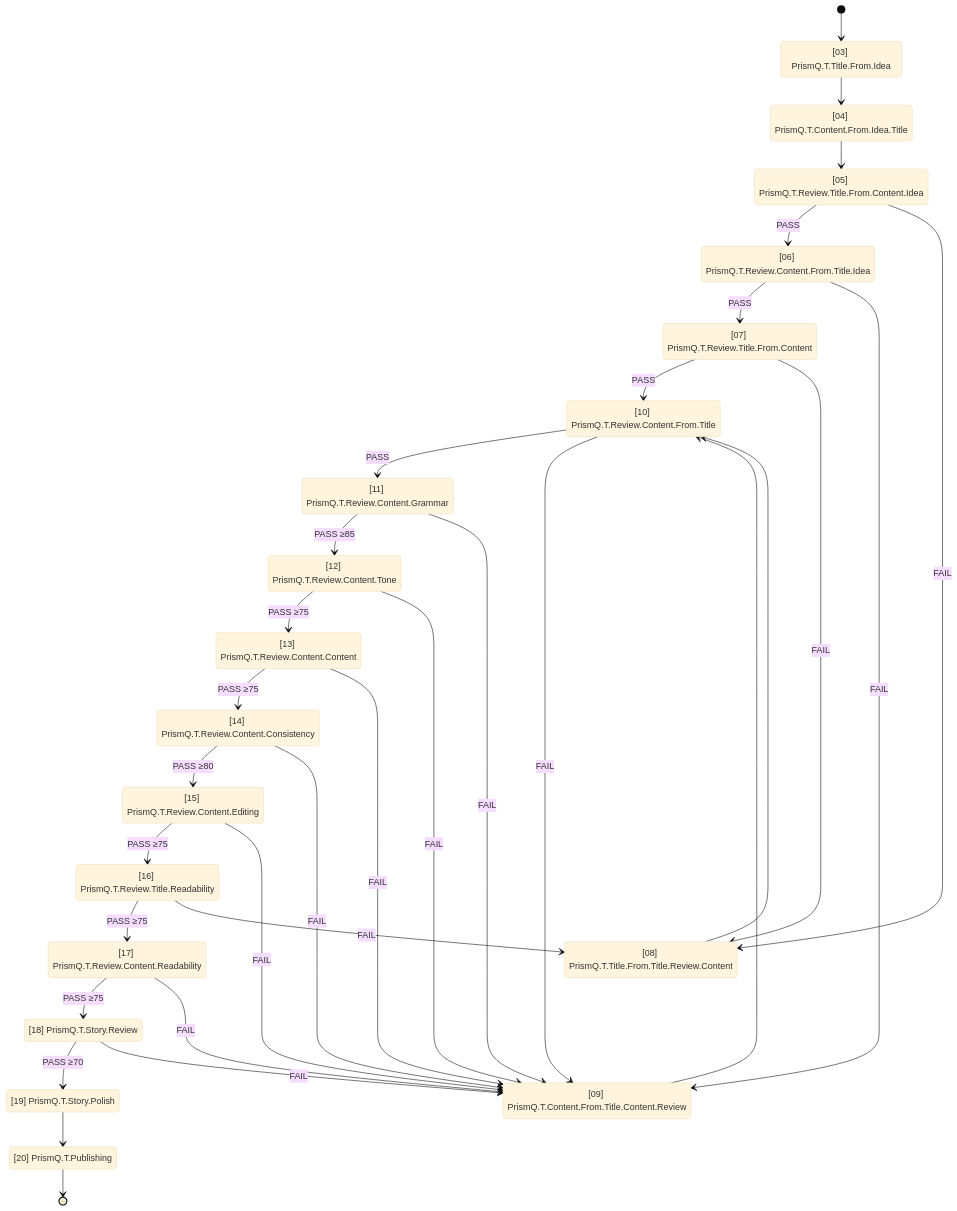
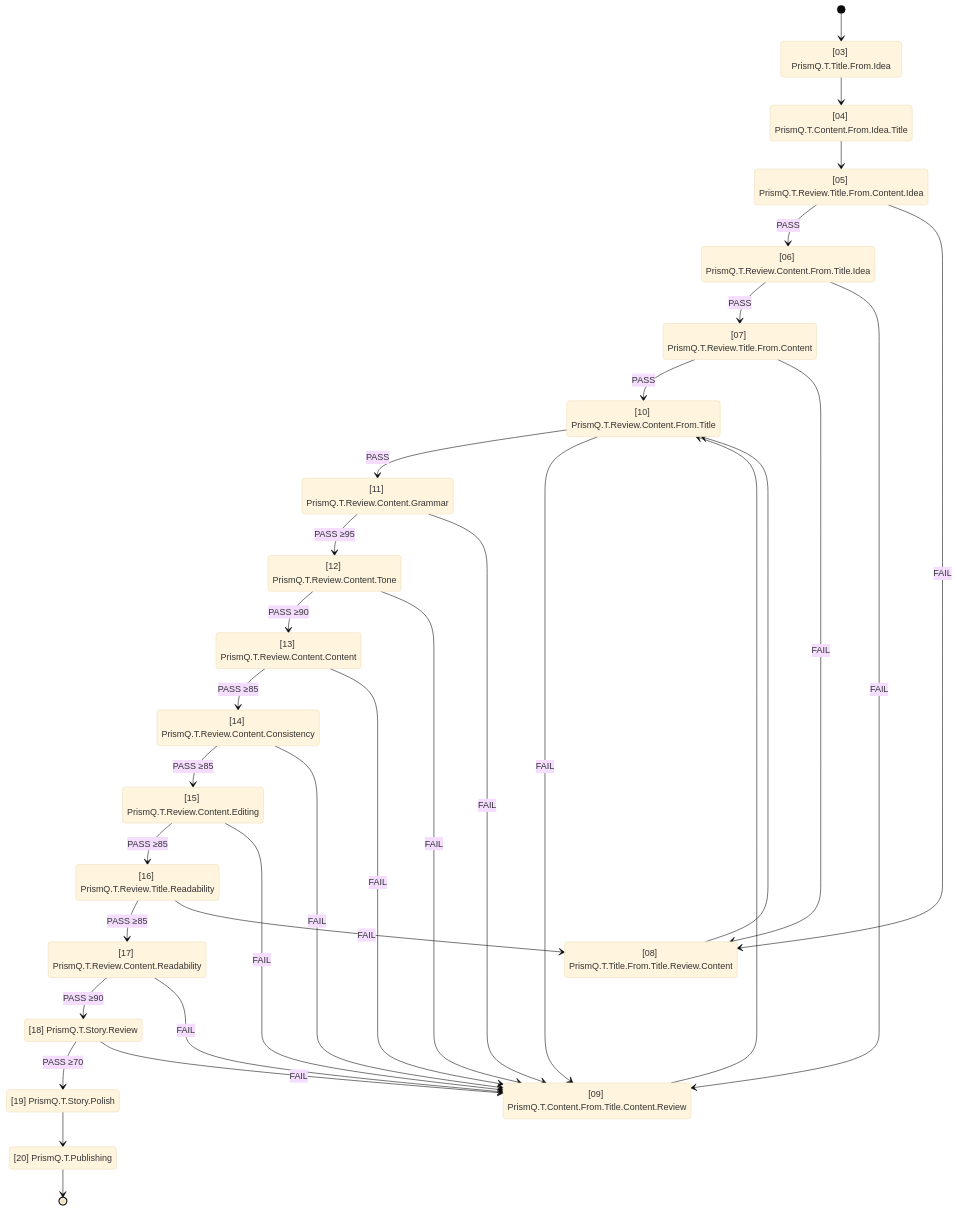
One commit to Nomoos/PrismQ changed the diagram in _meta/docs/workflow/state-machine.md. Above: the diagram before and after it, drawn with Mermaid (base theme). The commit also changed other lines of this file and 2 other files, not shown here.

Commit message:
Update docs: correct thresholds, fix script names, add Monitor + orchestrator info

````diff
--- a/_meta/docs/workflow/state-machine.md
+++ b/_meta/docs/workflow/state-machine.md
@@ -13,81 +13,81 @@
 ```mermaid
 stateDiagram-v2
     direction TB
 
     %% ── State aliases (short ID → actual PrismQ.T state string) ──────────
     TitleFromIdea          : [03] PrismQ.T.Title.From.Idea
     ContentFromIdeaTitle   : [04] PrismQ.T.Content.From.Idea.Title
     RevTitleFromContentIdea: [05] PrismQ.T.Review.Title.From.Content.Idea
     RevContentFromTitleIdea: [06] PrismQ.T.Review.Content.From.Title.Idea
     RevTitleFromContent    : [07] PrismQ.T.Review.Title.From.Content
     TitleRegen             : [08] PrismQ.T.Title.From.Title.Review.Content
     ContentRegen09         : [09] PrismQ.T.Content.From.Title.Content.Review
     RevContentFromTitle    : [10] PrismQ.T.Review.Content.From.Title
     Grammar                : [11] PrismQ.T.Review.Content.Grammar
     Tone                   : [12] PrismQ.T.Review.Content.Tone
     Content                : [13] PrismQ.T.Review.Content.Content
     Consistency            : [14] PrismQ.T.Review.Content.Consistency
     Editing                : [15] PrismQ.T.Review.Content.Editing
     TitleReadability       : [16] PrismQ.T.Review.Title.Readability
     ContentReadability     : [17] PrismQ.T.Review.Content.Readability
     StoryReview            : [18] PrismQ.T.Story.Review
     StoryPolish            : [19] PrismQ.T.Story.Polish
     Publishing             : [20] PrismQ.T.Publishing
 
     %% ── Phase 1–2: Generation ────────────────────────────────────────────
     [*]                    --> TitleFromIdea
     TitleFromIdea          --> ContentFromIdeaTitle
 
     %% ── Phase 3: Initial Review Cycle (modules 05–07) ───────────────────
     ContentFromIdeaTitle   --> RevTitleFromContentIdea
 
     RevTitleFromContentIdea --> RevContentFromTitleIdea : PASS
     RevTitleFromContentIdea --> TitleRegen              : FAIL
 
     RevContentFromTitleIdea --> RevTitleFromContent     : PASS
     RevContentFromTitleIdea --> ContentRegen09          : FAIL
 
     RevTitleFromContent     --> RevContentFromTitle     : PASS
     RevTitleFromContent     --> TitleRegen              : FAIL
 
     %% ── Phase 4: Regeneration loops (modules 08–09) ────────────────────
     %% [08] title improvement → [10] quality gate (content checked against new title)
     TitleRegen     --> RevContentFromTitle
     %% [09] content improvement → [10] quality gate
     ContentRegen09 --> RevContentFromTitle
 
     %% ── Phase 5: Pre-Quality Gate (module 10) ───────────────────────────
     RevContentFromTitle --> Grammar        : PASS
     RevContentFromTitle --> ContentRegen09 : FAIL
 
     %% ── Phase 6: Quality Review Chain (modules 11–17) ───────────────────
     %% content issues → [09] content regen; title issue → [08] title regen
-    Grammar     --> Tone             : PASS ≥85
+    Grammar     --> Tone             : PASS ≥95
     Grammar     --> ContentRegen09   : FAIL
 
-    Tone        --> Content          : PASS ≥75
+    Tone        --> Content          : PASS ≥90
     Tone        --> ContentRegen09   : FAIL
 
-    Content     --> Consistency      : PASS ≥75
+    Content     --> Consistency      : PASS ≥85
     Content     --> ContentRegen09   : FAIL
 
-    Consistency --> Editing          : PASS ≥80
+    Consistency --> Editing          : PASS ≥85
     Consistency --> ContentRegen09   : FAIL
 
-    Editing     --> TitleReadability : PASS ≥75
+    Editing     --> TitleReadability : PASS ≥85
     Editing     --> ContentRegen09   : FAIL
 
-    TitleReadability --> ContentReadability : PASS ≥75
+    TitleReadability --> ContentReadability : PASS ≥85
     TitleReadability --> TitleRegen         : FAIL
 
-    ContentReadability --> StoryReview    : PASS ≥75
+    ContentReadability --> StoryReview    : PASS ≥90
     ContentReadability --> ContentRegen09 : FAIL
 
     %% ── Phase 7: Expert Review (modules 18–19) ──────────────────────────
     StoryReview --> StoryPolish    : PASS ≥70
     StoryReview --> ContentRegen09 : FAIL
 
     StoryPolish --> Publishing
 
     Publishing --> [*]
 ```
````
